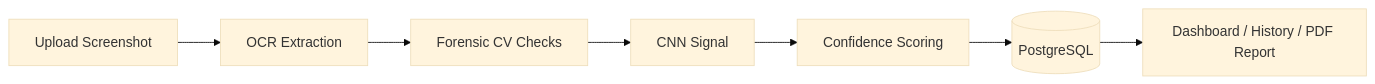
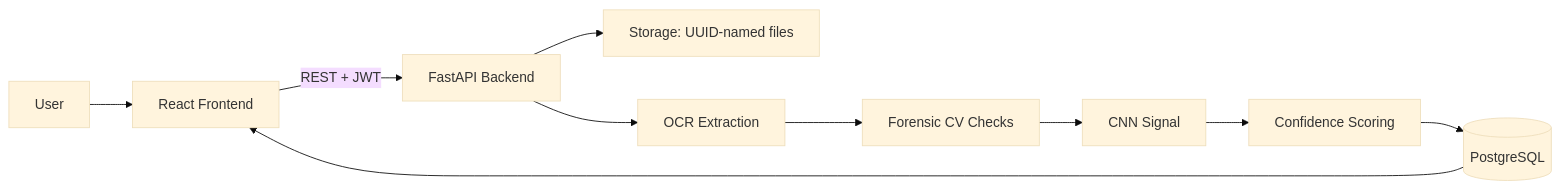
One commit to anand-muppirisetty/fake-payment-detector changed the diagram in README.md. Above: the diagram before and after it, drawn with Mermaid (base theme). The commit also changed other lines of this file, not shown here.

````diff
--- a/README.md
+++ b/README.md
@@ -135,9 +58,12 @@
 ```mermaid
 flowchart LR
-    A[Upload Screenshot] --> B[OCR Extraction]
-    B --> C[Forensic CV Checks]
-    C --> D[CNN Signal]
-    D --> E[Confidence Scoring]
-    E --> F[(PostgreSQL)]
-    F --> G[Dashboard / History / PDF Report]
+    A[User] --> B[React Frontend]
+    B -->|REST + JWT| C[FastAPI Backend]
+    C --> D[Storage: UUID-named files]
+    C --> E[OCR Extraction]
+    E --> F[Forensic CV Checks]
+    F --> G[CNN Signal]
+    G --> H[Confidence Scoring]
+    H --> I[(PostgreSQL)]
+    I --> B
 ```
````
